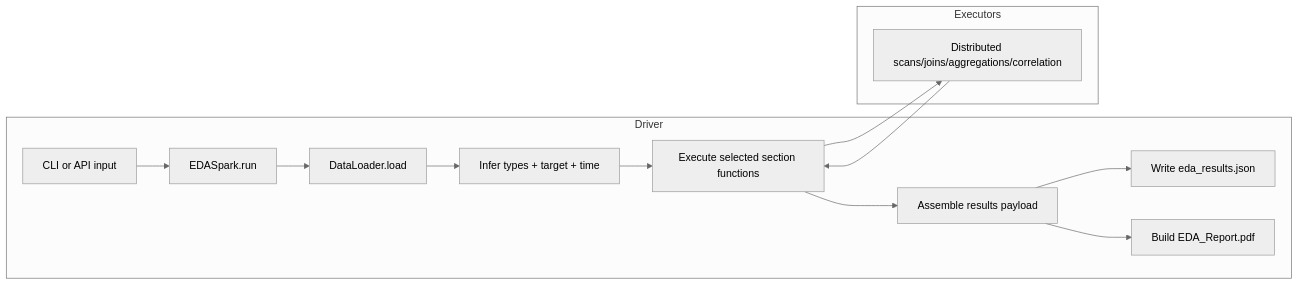
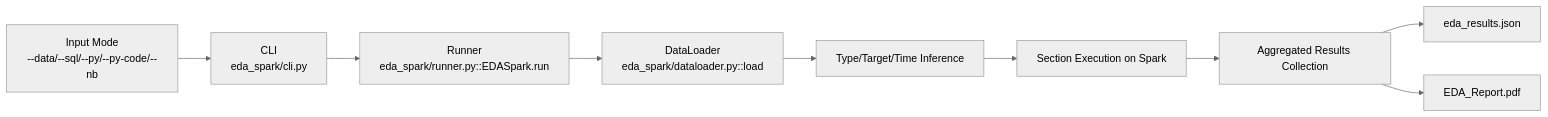
Before and after one commit to FeliciaLiuLiu/model_agent_ai_agent: the diagram in notebooklm_sources/03_eda_spark_pipeline.md, drawn with Mermaid (neutral theme). The commit also changed other lines of this file and 8 other files, not shown here.

Commit message:
Update NotebookLM sources for EDA and EDA Spark developer deck

````diff
--- a/notebooklm_sources/03_eda_spark_pipeline.md
+++ b/notebooklm_sources/03_eda_spark_pipeline.md
@@ -27,19 +5,11 @@
 ```mermaid
 flowchart LR
-  subgraph Driver
-    A[CLI or API input] --> B[EDASpark.run]
-    B --> C[DataLoader.load]
-    C --> D[Infer types + target + time]
-    D --> E[Execute selected section functions]
-    E --> F[Assemble results payload]
-    F --> G[Write eda_results.json]
-    F --> H[Build EDA_Report.pdf]
-  end
-
-  subgraph Executors
-    X[Distributed scans/joins/aggregations/correlation]
-  end
-
-  E --> X
-  X --> E
+  A[Input Mode\n--data/--sql/--py/--py-code/--nb] --> B[CLI\neda_spark/cli.py]
+  B --> C[Runner\neda_spark/runner.py::EDASpark.run]
+  C --> D[DataLoader\neda_spark/dataloader.py::load]
+  D --> E[Type/Target/Time Inference]
+  E --> F[Section Execution on Spark]
+  F --> G[Aggregated Results Collection]
+  G --> H[eda_results.json]
+  G --> I[EDA_Report.pdf]
 ```
````
